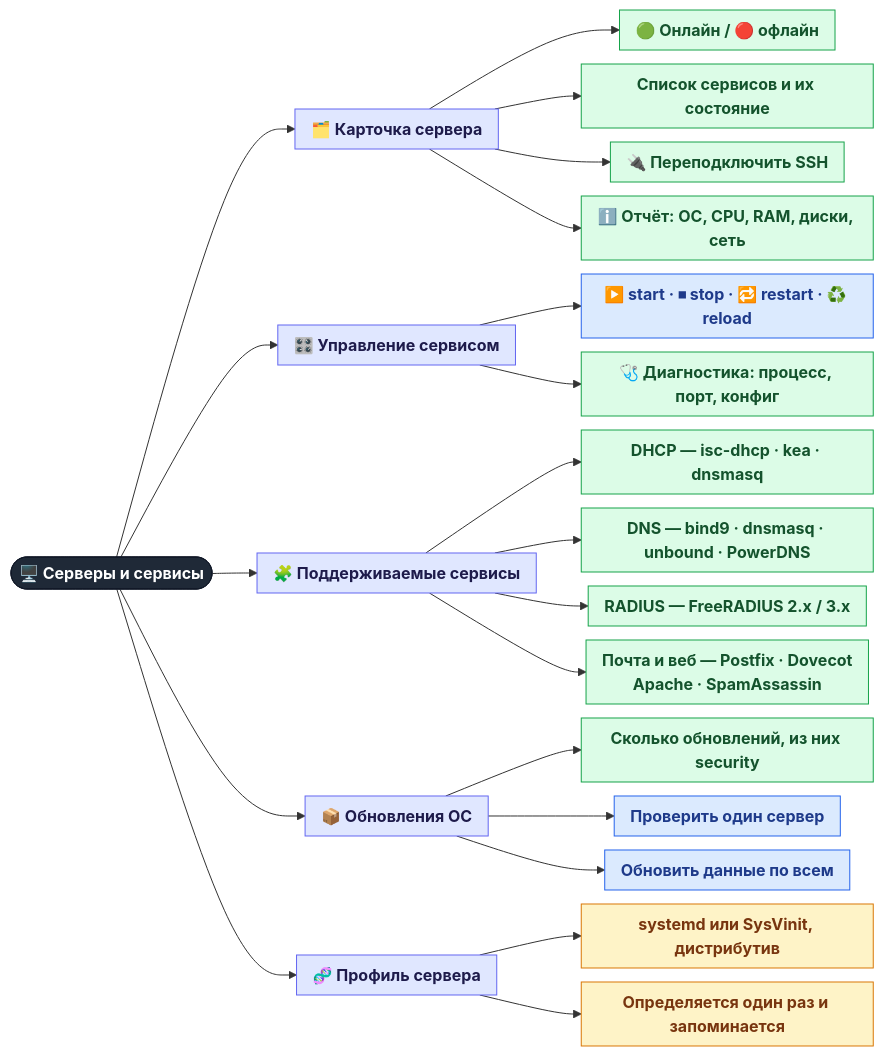
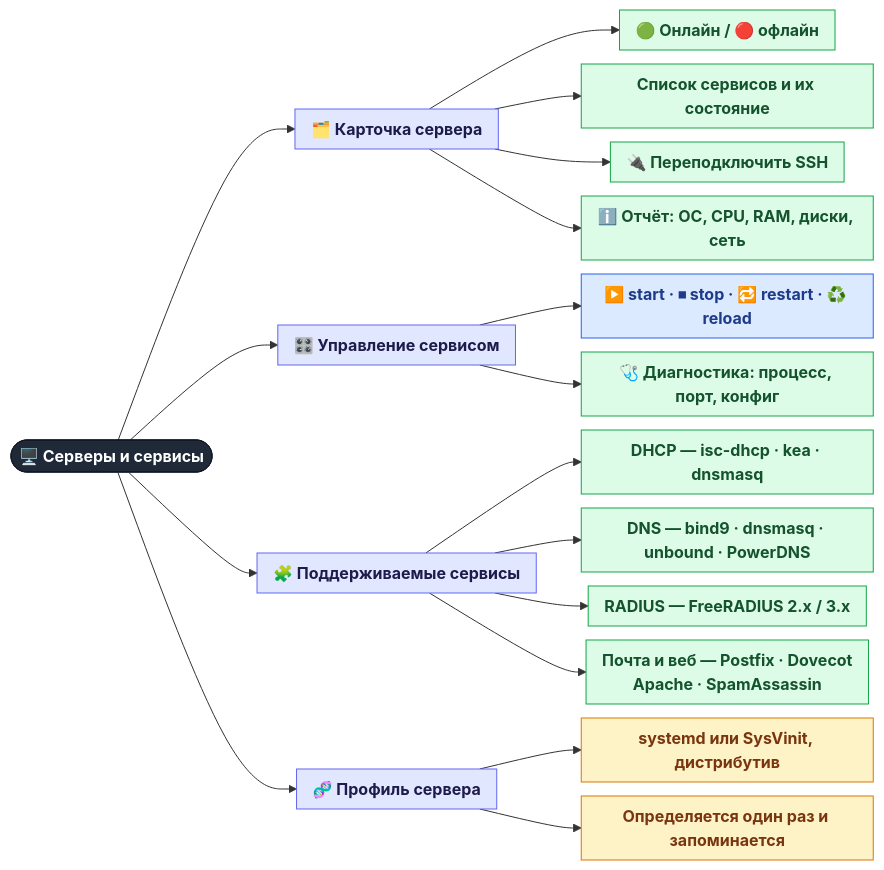
Before and after one commit to Madly222/MCPforMonitoring: the diagram in docs/features/02-servers.md, drawn with Mermaid. The commit also changed other lines of this file and 16 other files, not shown here.

````diff
--- a/docs/features/02-servers.md
+++ b/docs/features/02-servers.md
@@ -7,37 +7,32 @@
 ```mermaid
 %%{init: {"flowchart": {"nodeSpacing": 14, "rankSpacing": 45, "curve": "basis", "padding": 8, "wrappingWidth": 260}}}%%
 flowchart LR
     ROOT(["🖥️ Серверы и сервисы"]):::root
 
     ROOT --> CARD["🗂️ Карточка сервера"]:::group
     CARD --> C1["🟢 Онлайн / 🔴 офлайн"]:::all
     CARD --> C2["Список сервисов и их состояние"]:::all
     CARD --> C3["🔌 Переподключить SSH"]:::all
     CARD --> C4["ℹ️ Отчёт: ОС, CPU, RAM, диски, сеть"]:::all
 
     ROOT --> ACT["🎛️ Управление сервисом"]:::group
     ACT --> A1["▶️ start · ⏹ stop · 🔁 restart · ♻️ reload"]:::admin
     ACT --> A2["🩺 Диагностика: процесс, порт, конфиг"]:::all
 
     ROOT --> SVC["🧩 Поддерживаемые сервисы"]:::group
     SVC --> S1["DHCP — isc-dhcp · kea · dnsmasq"]:::all
     SVC --> S2["DNS — bind9 · dnsmasq · unbound · PowerDNS"]:::all
     SVC --> S3["RADIUS — FreeRADIUS 2.x / 3.x"]:::all
     SVC --> S4["Почта и веб — Postfix · Dovecot<br/>Apache · SpamAssassin"]:::all
 
-    ROOT --> UPD["📦 Обновления ОС"]:::group
-    UPD --> U1["Сколько обновлений, из них security"]:::all
-    UPD --> U2["Проверить один сервер"]:::admin
-    UPD --> U3["Обновить данные по всем"]:::admin
-
     ROOT --> PROF["🧬 Профиль сервера"]:::group
     PROF --> P1["systemd или SysVinit, дистрибутив"]:::auto
     PROF --> P2["Определяется один раз и запоминается"]:::auto
 
     classDef root  fill:#1f2937,stroke:#111827,color:#ffffff,font-weight:bold
     classDef group fill:#e0e7ff,stroke:#6366f1,color:#1e1b4b,font-weight:bold
     classDef all   fill:#dcfce7,stroke:#16a34a,color:#14532d
     classDef admin fill:#dbeafe,stroke:#2563eb,color:#1e3a8a
     classDef super fill:#fde2e2,stroke:#dc2626,color:#7f1d1d
     classDef auto  fill:#fef3c7,stroke:#d97706,color:#78350f
 ```
````
